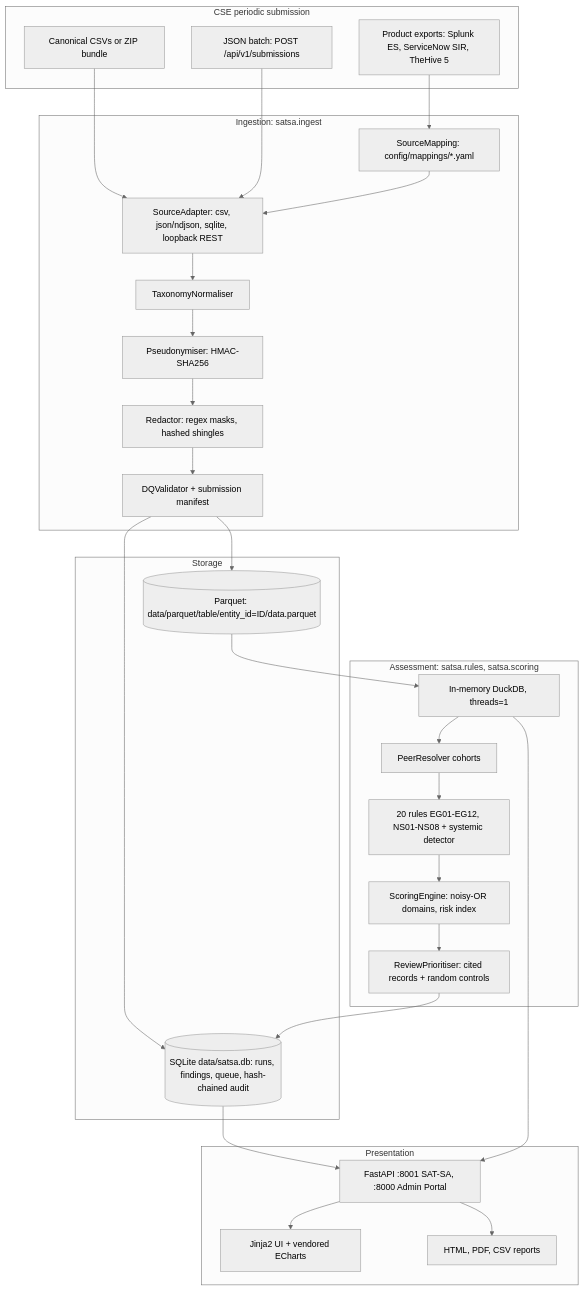
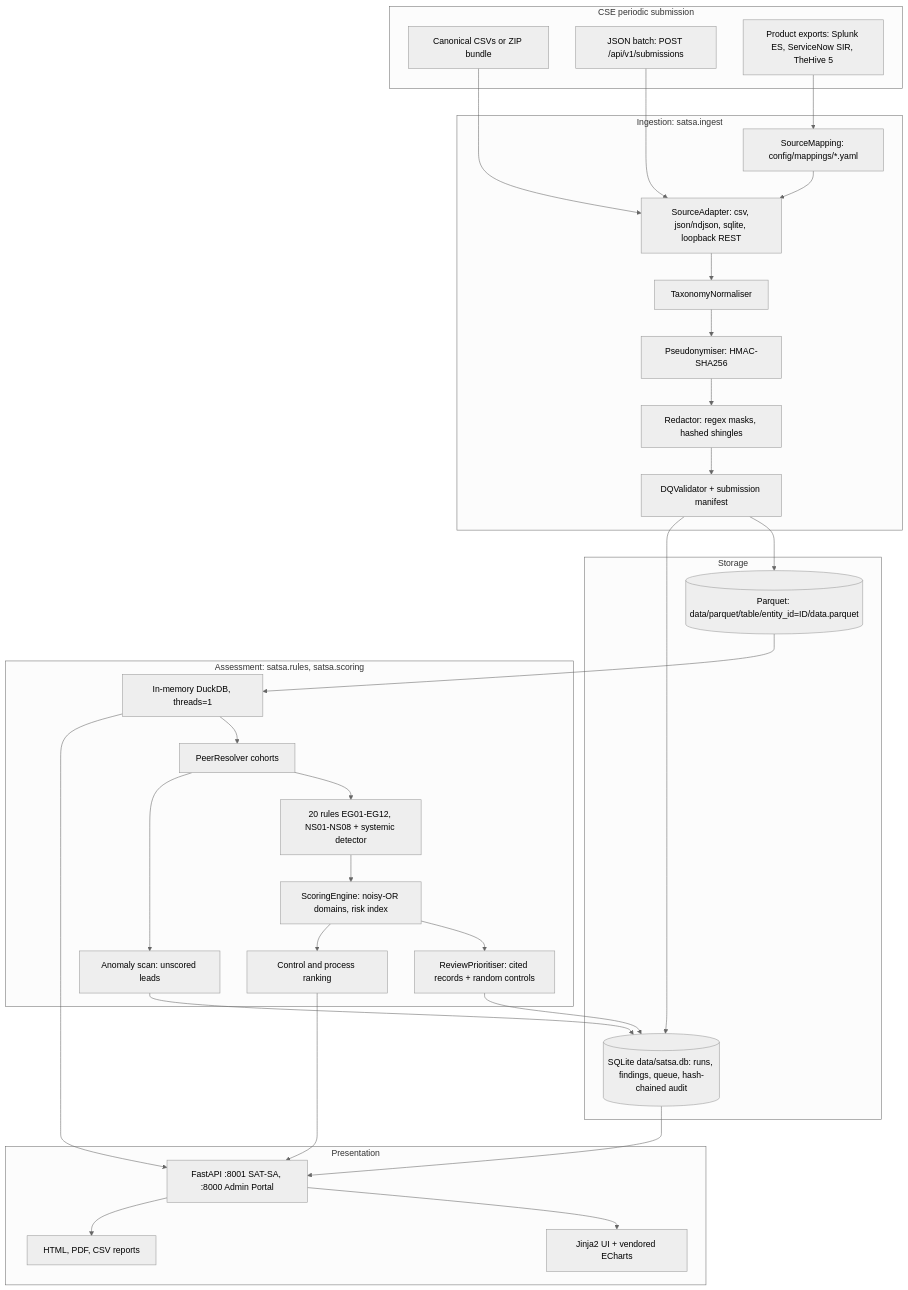
Before and after one commit to KenithKMS56/Supervisory-Analytics-Tool-for-SOC-Assessment-SAT-SA: the first of 2 diagrams in docs/architecture.md, drawn with Mermaid (neutral theme). The commit also changed other lines of this file and 25 other files, not shown here.

````diff
--- a/docs/architecture.md
+++ b/docs/architecture.md
@@ -24,48 +24,52 @@
 ```mermaid
 flowchart TD
     subgraph Sources [CSE periodic submission]
         S1[Canonical CSVs or ZIP bundle]
         S2[JSON batch: POST /api/v1/submissions]
         S3[Product exports: Splunk ES, ServiceNow SIR, TheHive 5]
     end
 
     subgraph Ingest [Ingestion: satsa.ingest]
         AD[SourceAdapter: csv, json/ndjson, sqlite, loopback REST]
         MAP[SourceMapping: config/mappings/*.yaml]
         NORM[TaxonomyNormaliser]
         PSEUDO[Pseudonymiser: HMAC-SHA256]
         REDACT[Redactor: regex masks, hashed shingles]
         DQ[DQValidator + submission manifest]
     end
 
     subgraph Storage [Storage]
         PQ[(Parquet: data/parquet/table/entity_id=ID/data.parquet)]
         SQLITE[(SQLite data/satsa.db: runs, findings, queue, hash-chained audit)]
     end
 
     subgraph Core [Assessment: satsa.rules, satsa.scoring]
         DUCK[In-memory DuckDB, threads=1]
         PEERS[PeerResolver cohorts]
         RULES[20 rules EG01-EG12, NS01-NS08 + systemic detector]
         SCORER[ScoringEngine: noisy-OR domains, risk index]
         QUEUE[ReviewPrioritiser: cited records + random controls]
+        SCAN[Anomaly scan: unscored leads]
+        PRIO[Control and process ranking]
     end
 
     subgraph Present [Presentation]
         API[FastAPI :8001 SAT-SA, :8000 Admin Portal]
         UI[Jinja2 UI + vendored ECharts]
         REP[HTML, PDF, CSV reports]
     end
 
     S1 --> AD
     S2 --> AD
     S3 --> MAP --> AD
     AD --> NORM --> PSEUDO --> REDACT --> DQ
     DQ --> PQ
     DQ --> SQLITE
     PQ --> DUCK --> PEERS --> RULES --> SCORER --> QUEUE --> SQLITE
+    PEERS --> SCAN --> SQLITE
+    SCORER --> PRIO --> API
     SQLITE --> API
     DUCK --> API
     API --> UI
     API --> REP
 ```
````
